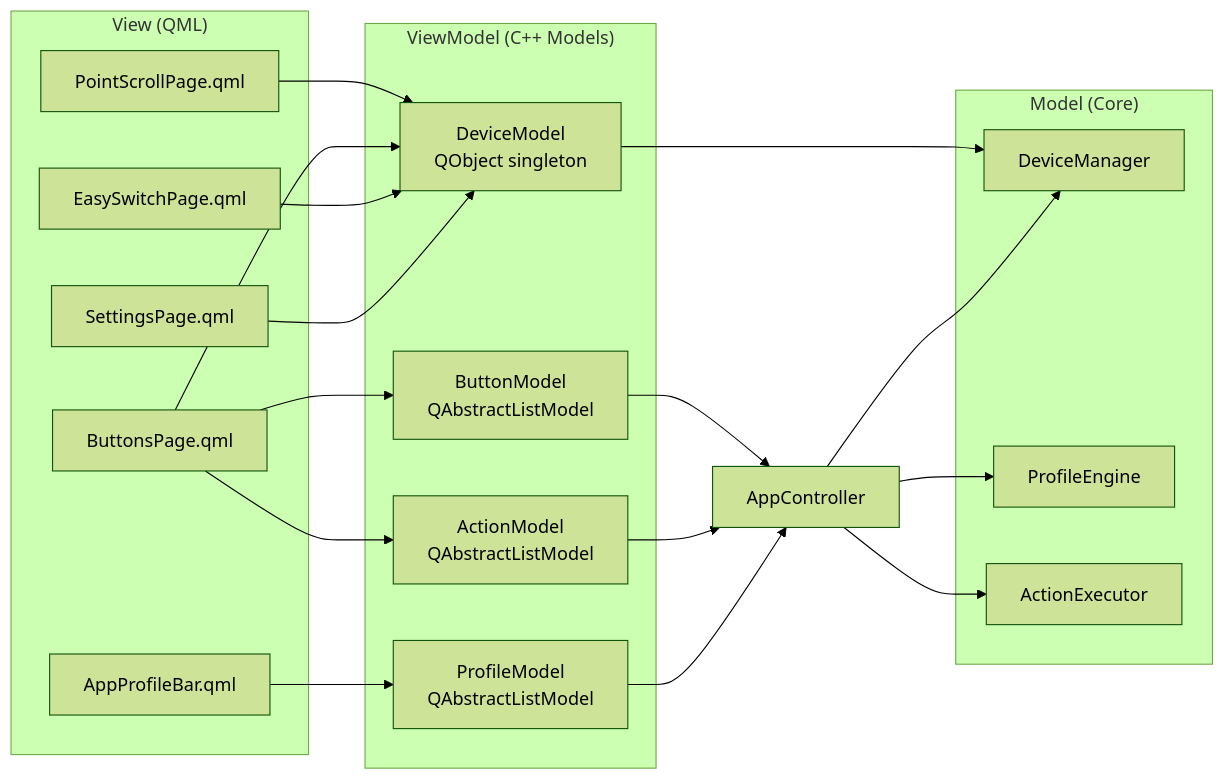
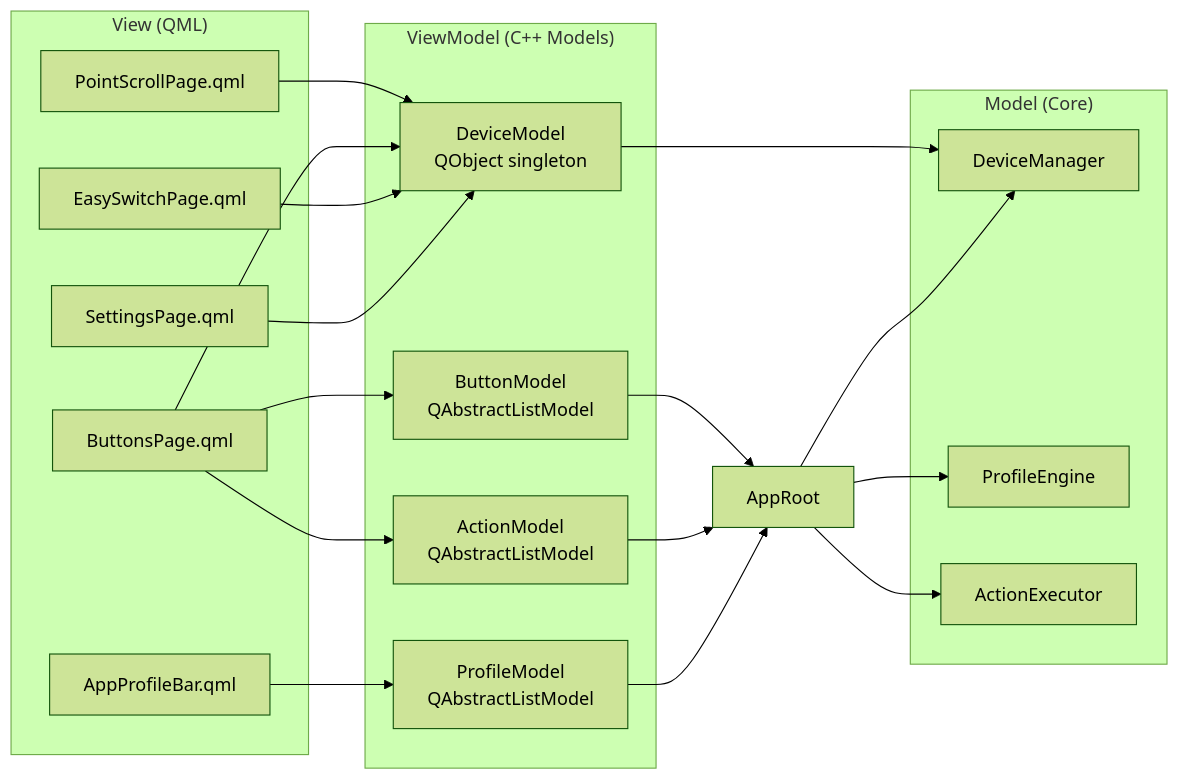
One commit to mmaher88/logitune changed the seventh of 16 diagrams in docs/wiki/Architecture.md. Above: the diagram before and after it, drawn with Mermaid (forest theme). The commit also changed other lines of this file and 31 other files, not shown here.

First line of the commit message:
refactor(app): rename AppController to AppRoot

````diff
--- a/docs/wiki/Architecture.md
+++ b/docs/wiki/Architecture.md
@@ -341,39 +341,39 @@
 ```mermaid
 graph LR
     subgraph "View (QML)"
         PointScroll[PointScrollPage.qml]
         Buttons[ButtonsPage.qml]
         EasySwitch[EasySwitchPage.qml]
         Settings[SettingsPage.qml]
         ProfileBar[AppProfileBar.qml]
     end
 
     subgraph "ViewModel (C++ Models)"
         DM[DeviceModel<br/>QObject singleton]
         BM[ButtonModel<br/>QAbstractListModel]
         AM[ActionModel<br/>QAbstractListModel]
         PM[ProfileModel<br/>QAbstractListModel]
     end
 
     subgraph "Model (Core)"
         DMgr[DeviceManager]
         PE[ProfileEngine]
         AE[ActionExecutor]
     end
 
     PointScroll --> DM
     Buttons --> BM
     Buttons --> AM
     Buttons --> DM
     EasySwitch --> DM
     Settings --> DM
     ProfileBar --> PM
 
     DM --> DMgr
-    BM --> AC[AppController]
+    BM --> AC[AppRoot]
     AM --> AC
     PM --> AC
     AC --> DMgr
     AC --> PE
     AC --> AE
 ```
````
